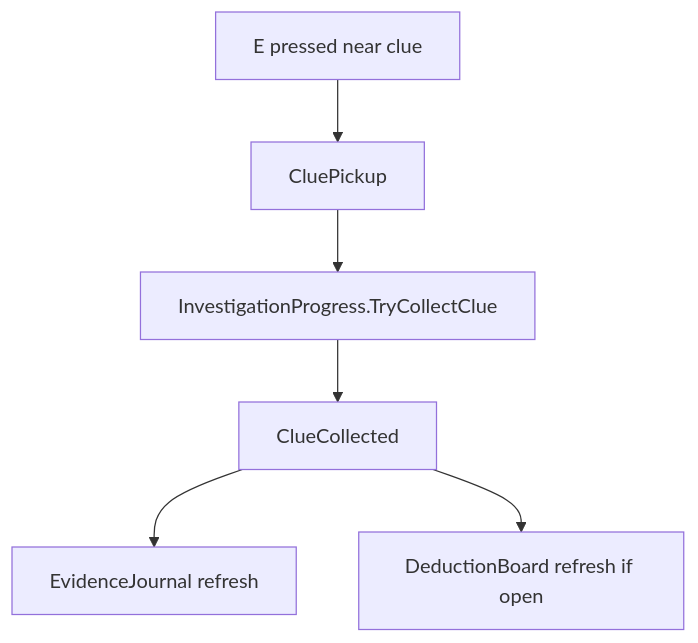
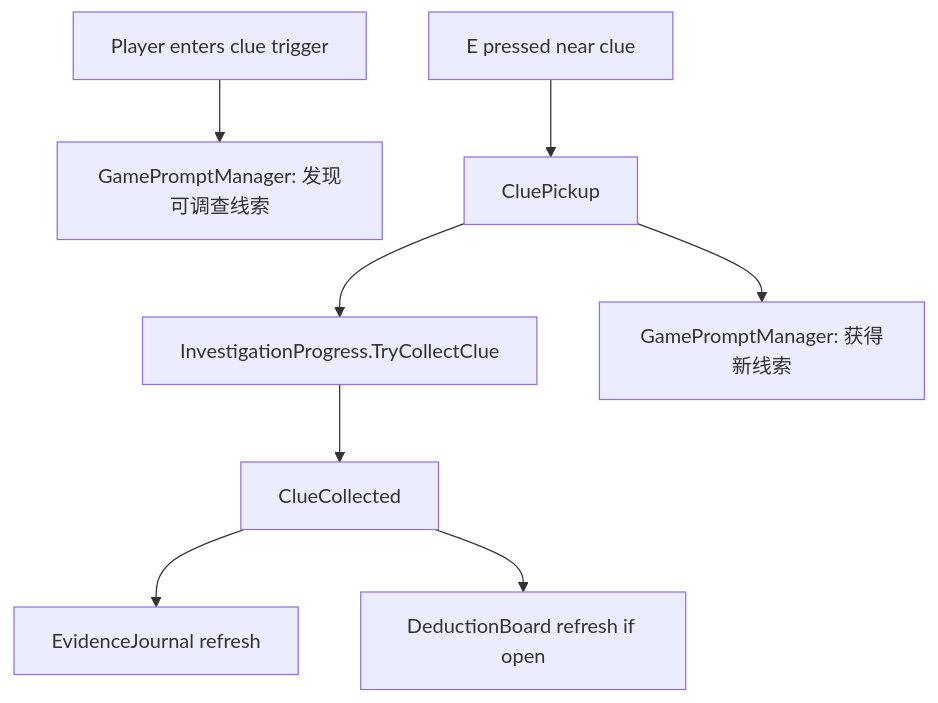
Before and after one commit to Vaenix/LostCity: the diagram in Docs/EventFlow.md, drawn with Mermaid. The commit also changed other lines of this file and 73 other files, not shown here.

````diff
--- a/Docs/EventFlow.md
+++ b/Docs/EventFlow.md
@@ -16,8 +16,10 @@
 ```mermaid
 flowchart TD
+    Near["Player enters clue trigger"] --> Prompt["GamePromptManager: 发现可调查线索"]
     Input["E pressed near clue"] --> Pickup["CluePickup"]
     Pickup --> Progress["InvestigationProgress.TryCollectClue"]
+    Pickup --> CollectedPrompt["GamePromptManager: 获得新线索"]
     Progress --> Event["ClueCollected"]
     Event --> Journal["EvidenceJournal refresh"]
     Event --> Board["DeductionBoard refresh if open"]
 ```
````
